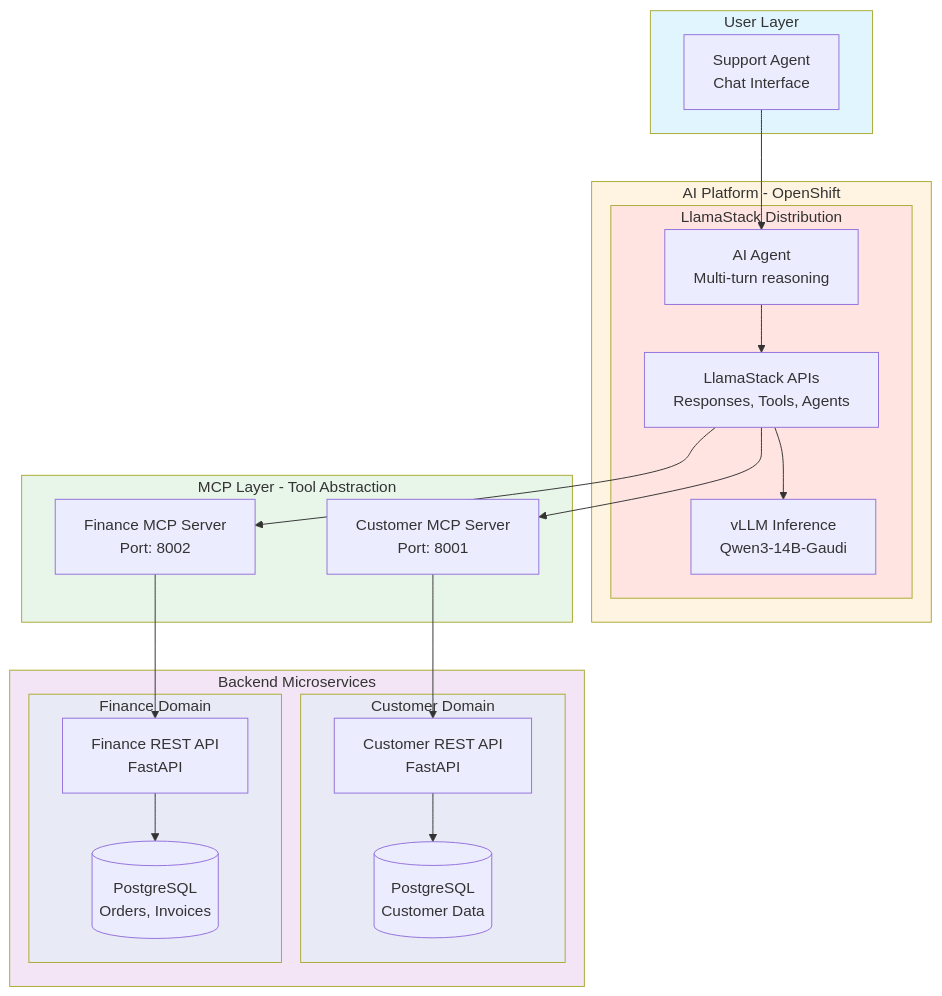
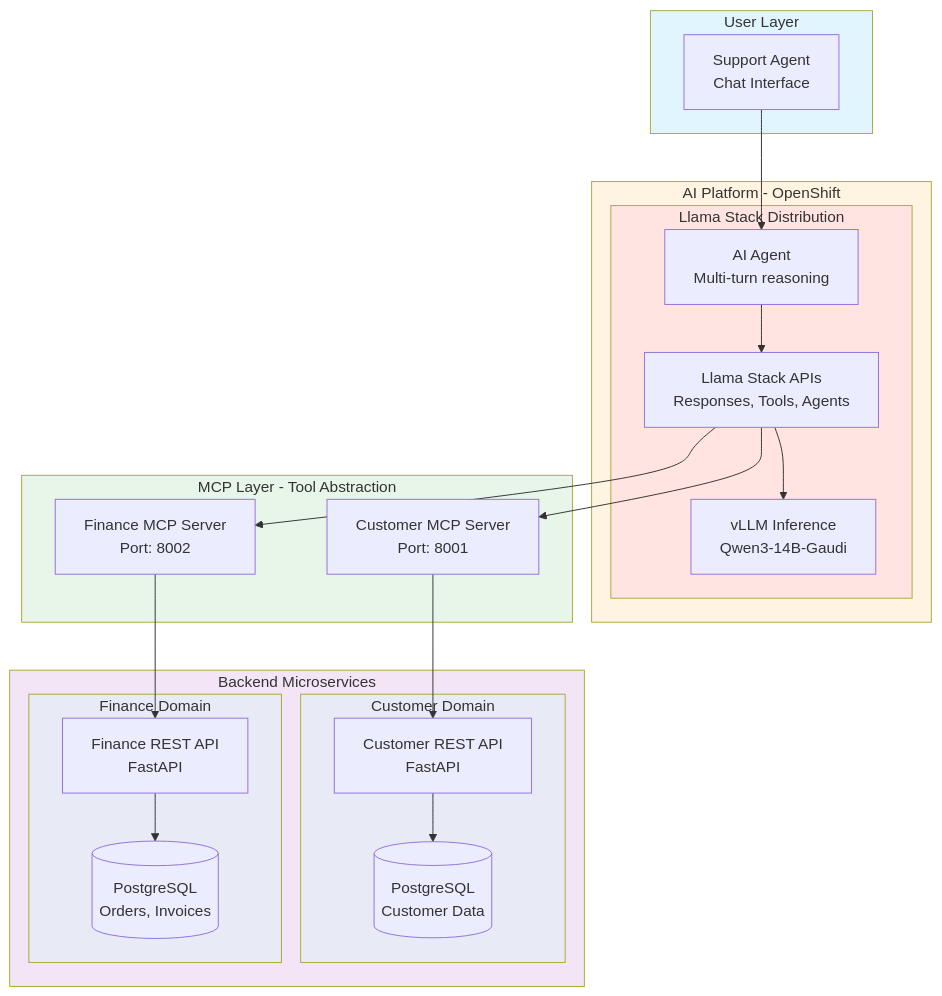
Before and after one commit to rhpds/showroom-agentic-ai-llamastack: the first of 2 diagrams in content/modules/ROOT/pages/07-backend-setup.adoc, drawn with Mermaid. The commit also changed other lines of this file and 5 other files, not shown here.

Commit message:
correcting LlamaStack to Llama Stack

```diff
--- a/content/modules/ROOT/pages/07-backend-setup.adoc
+++ b/content/modules/ROOT/pages/07-backend-setup.adoc
@@ -57,52 +57,52 @@
 [mermaid,width=100%]
 ----
 graph TB
     subgraph Users["User Layer"]
         SUPPORT[Support Agent<br/>Chat Interface]
     end
 
     subgraph AI["AI Platform - OpenShift"]
-        subgraph LLS["LlamaStack Distribution"]
+        subgraph LLS["Llama Stack Distribution"]
             AGENT[AI Agent<br/>Multi-turn reasoning]
-            API[LlamaStack APIs<br/>Responses, Tools, Agents]
+            API[Llama Stack APIs<br/>Responses, Tools, Agents]
             VLLM[vLLM Inference<br/>Qwen3-14B-Gaudi]
         end
     end
 
     subgraph MCP["MCP Layer - Tool Abstraction"]
         MCP_CUST[Customer MCP Server<br/>Port: 8001]
         MCP_FIN[Finance MCP Server<br/>Port: 8002]
     end
 
     subgraph Backend["Backend Microservices"]
         subgraph CustSvc["Customer Domain"]
             CUST_API[Customer REST API<br/>FastAPI]
             CUST_DB[(PostgreSQL<br/>Customer Data)]
         end
 
         subgraph FinSvc["Finance Domain"]
             FIN_API[Finance REST API<br/>FastAPI]
             FIN_DB[(PostgreSQL<br/>Orders, Invoices)]
         end
     end
 
     SUPPORT --> AGENT
     AGENT --> API
     API --> VLLM
     API --> MCP_CUST
     API --> MCP_FIN
 
     MCP_CUST --> CUST_API
     MCP_FIN --> FIN_API
 
     CUST_API --> CUST_DB
     FIN_API --> FIN_DB
 
     style Users fill:#e1f5ff
     style AI fill:#fff4e1
     style LLS fill:#ffe4e1
     style MCP fill:#e8f5e9
     style Backend fill:#f3e5f5
     style CustSvc fill:#e8eaf6
     style FinSvc fill:#e8eaf6
 ----
```
